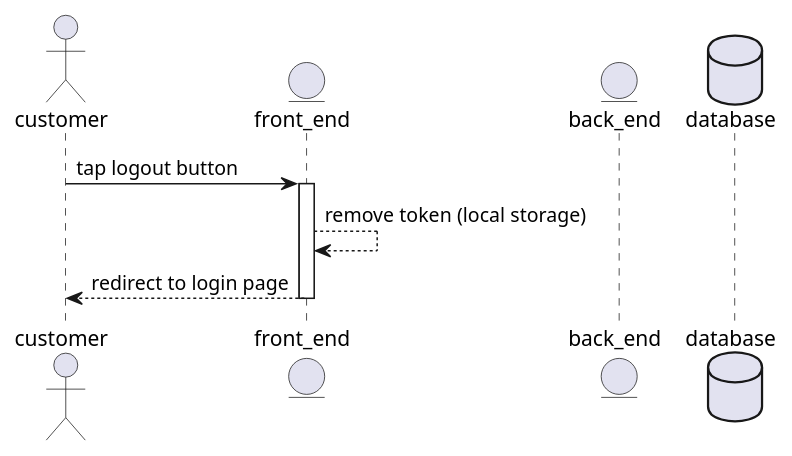
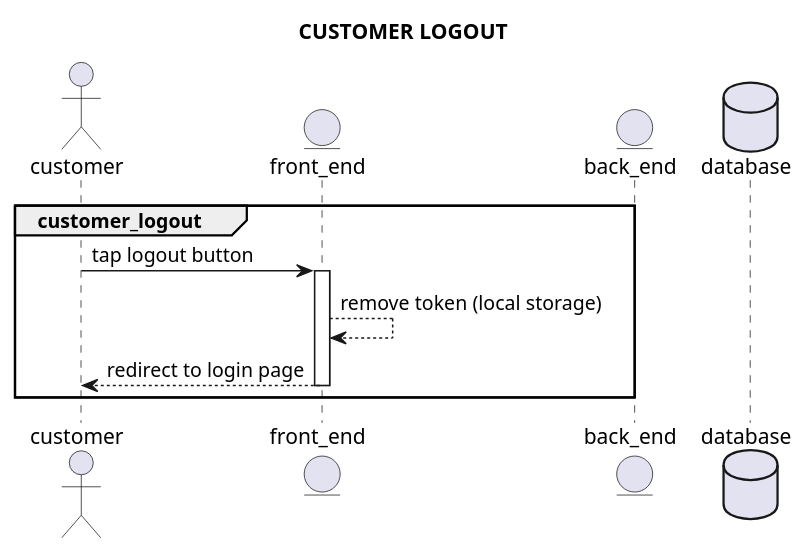
Before and after one commit to VeironVaya/oop_tugasbesar_kelompok1: the third of 3 diagrams in documentation/sequence_diagram/customer_auth.md, drawn with PlantUML. The commit also changed other lines of this file and 7 other files, not shown here.

````diff
--- a/documentation/sequence_diagram/customer_auth.md
+++ b/documentation/sequence_diagram/customer_auth.md
@@ -78,14 +80,18 @@
 ```plantuml
 @startuml
+title CUSTOMER LOGOUT
 Actor customer
 Entity front_end
 Entity back_end
 Database database
+
+group customer_logout
 
 customer -> front_end: tap logout button
 activate front_end
     front_end --> front_end: remove token (local storage)
     front_end --> customer: redirect to login page
 deactivate front_end
+end group
 @enduml
 ```
````
